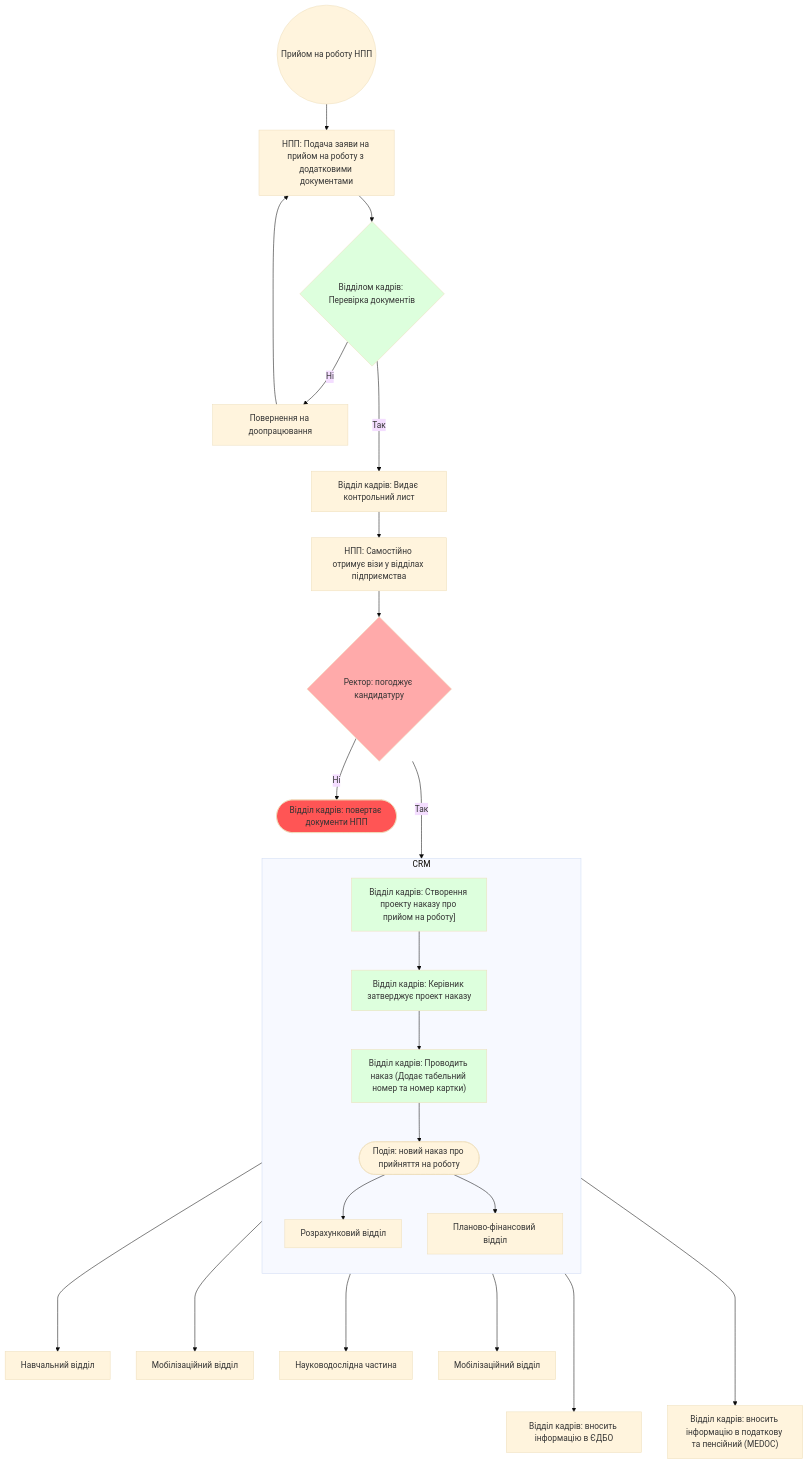
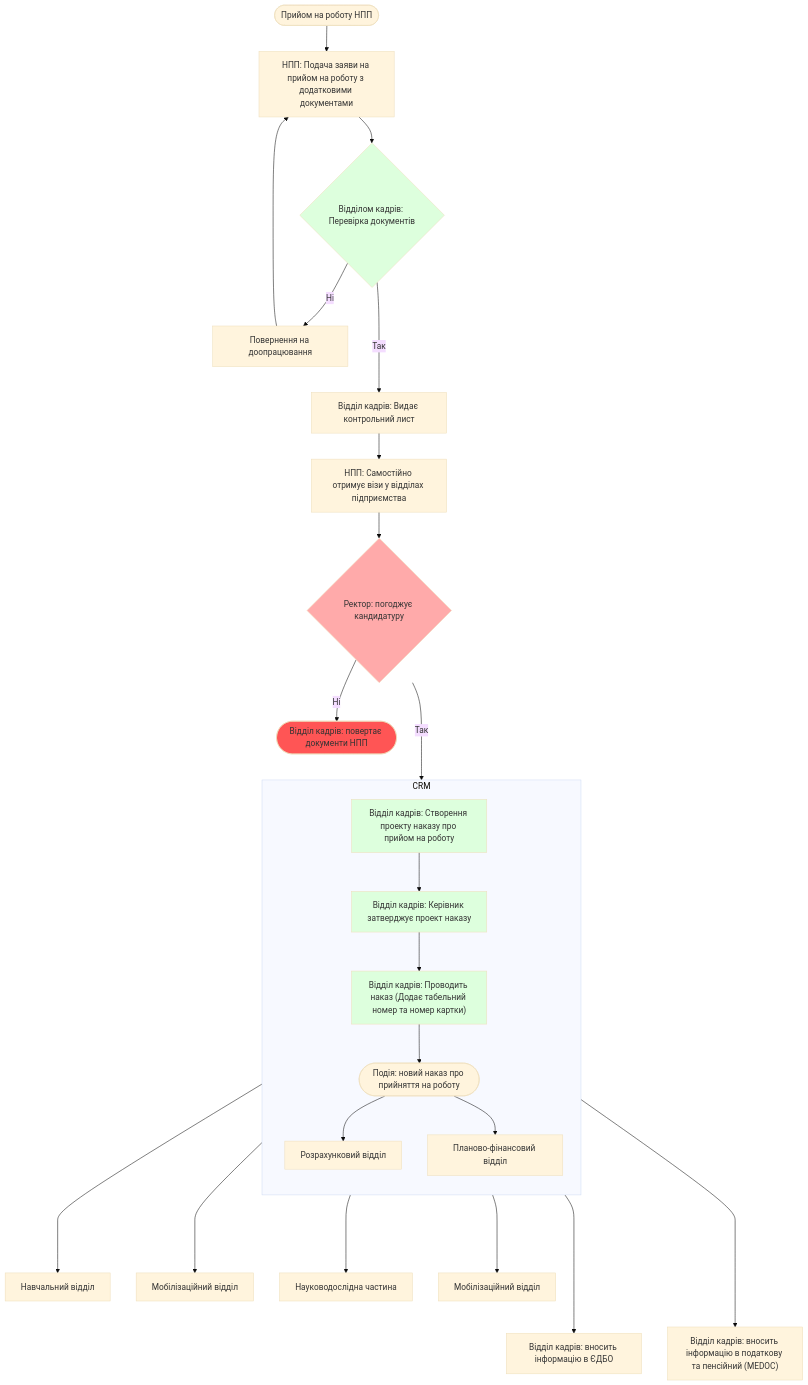
One commit to lisnayk/hr-workflows changed the diagram in processes/onboarding/npp.md. Above: the diagram before and after it, drawn with Mermaid (base theme).

Commit message:
Fix typos in onboarding process flowchart diagram for НПП documentation

````diff
--- a/processes/onboarding/npp.md
+++ b/processes/onboarding/npp.md
@@ -21,36 +21,36 @@
 ```mermaid
 flowchart TB
-    TITLE(("Прийом на роботу НПП"))
+    TITLE(["Прийом на роботу НПП"])
     TITLE --> APPLICATION["НПП: Подача заяви на прийом на роботу з додатковими документами"]
     APPLICATION --> R1{"Відділом кадрів: Перевірка документів"}
     R1 -- " Ні " --> NOT_VALID["Повернення на доопрацювання"]
     R1 -- " Так " ---> CHECK_LIST["Відділ кадрів: Видає контрольний лист"]
     NOT_VALID --> APPLICATION
     CHECK_LIST --> SIGNS["НПП: Самостійно отримує візи у відділах підприємства"]
     SIGNS --> R2{"Ректор: погоджує кандидатуру"}
     subgraph "CRM"
         direction TB
-        APPROVE["Відділ кадрів: Створення проекту наказу про прийом на роботу]"]
+        APPROVE["Відділ кадрів: Створення проекту наказу про прийом на роботу"]
         APPROVE --> HEAD_APPROVE["Відділ кадрів: Керівник затверджує проект наказу"]
         HEAD_APPROVE --> PROVODKA["Відділ кадрів: Проводить наказ (Додає табельний номер та номер картки)"]
         PROVODKA --> EVENT_CREATED(["Подія: новий наказ про прийняття на роботу"])
         EVENT_CREATED --> V1["Розрахунковий відділ"]
         EVENT_CREATED --> V2["Планово-фінансовий відділ"]
     end
     R2 -- " Ні " --> REJECT(["Відділ кадрів: повертає документи НПП"])
     R2 -- " Так " ---> CRM
 
 
     PROVODKA ----> V3["Навчальний відділ"]
     PROVODKA ----> V4["Мобілізаційний відділ"]
     PROVODKA ----> V5["Науководослідна частина"]
     PROVODKA ----> V7["Мобілізаційний відділ"]
     PROVODKA -----> EXT1["Відділ кадрів: вносить інформацію в ЄДБО"]
     PROVODKA -----> EXT2["Відділ кадрів: вносить інформацію в податкову та пенсійний (MEDOC)"]
     style REJECT fill: #f55
     style R1 fill: #dfd
     style PROVODKA fill: #dfd
     style HEAD_APPROVE fill: #dfd
     style APPROVE fill: #dfd
     style R2 fill: #faa
 ```
````
